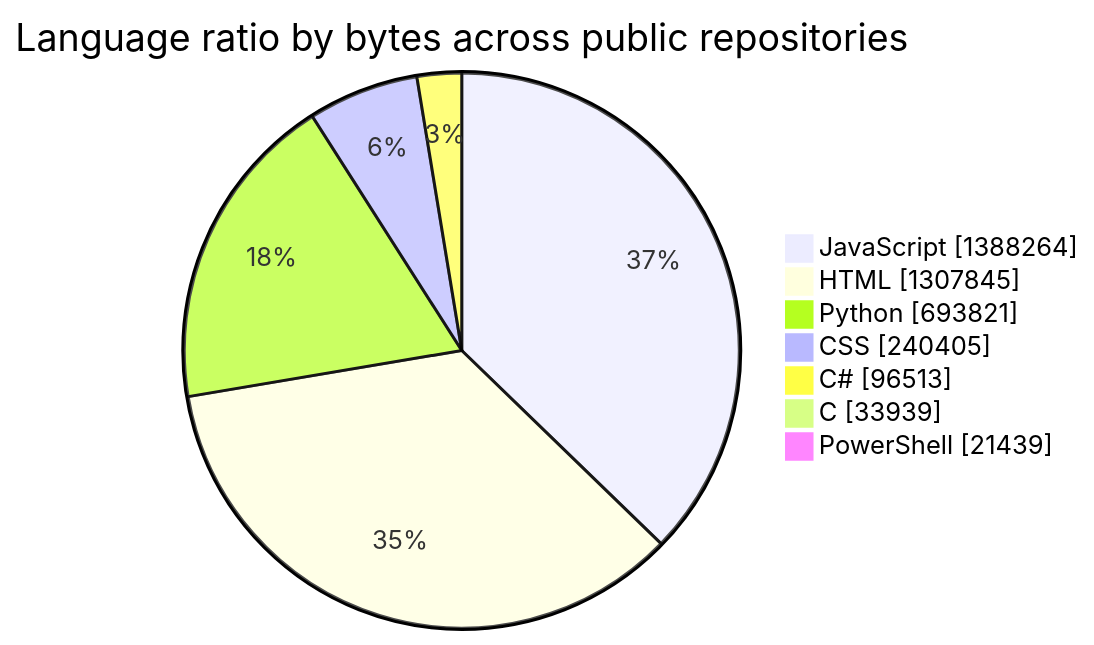
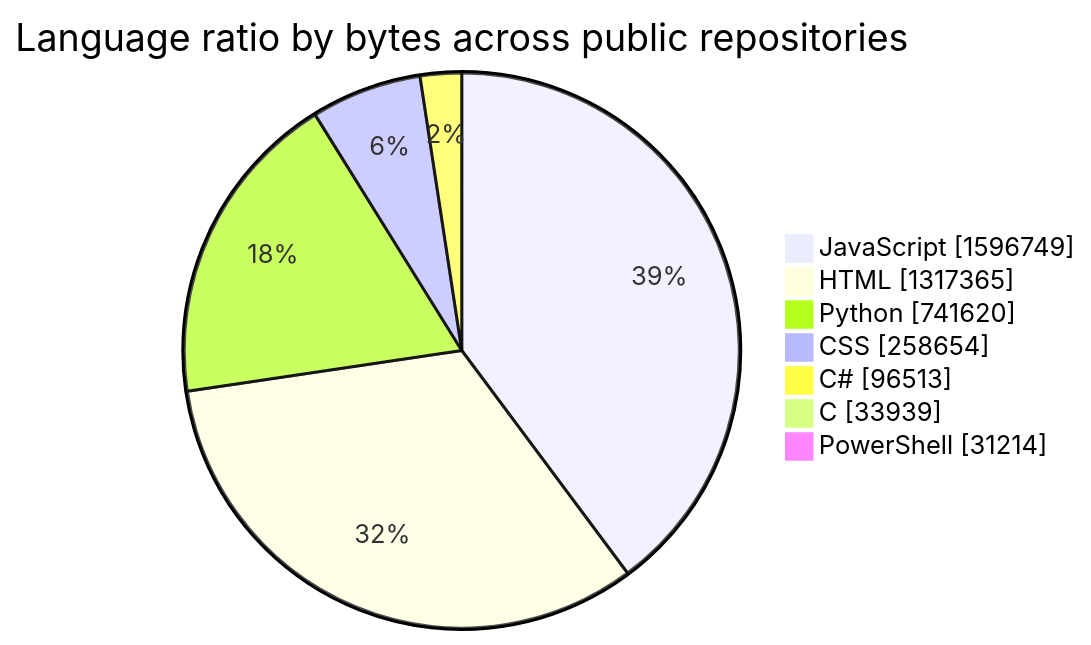
The first of 2 diagrams in README.md (tchinso/tchinso), drawn with Mermaid before and after one commit. The commit also changed other lines of this file, not shown here.

````diff
--- a/README.md
+++ b/README.md
@@ -24,11 +24,11 @@
 ```mermaid
 pie showData
     title Language ratio by bytes across public repositories
-    "JavaScript" : 1388264
-    "HTML" : 1307845
-    "Python" : 693821
-    "CSS" : 240405
+    "JavaScript" : 1596749
+    "HTML" : 1317365
+    "Python" : 741620
+    "CSS" : 258654
     "C#" : 96513
     "C" : 33939
-    "PowerShell" : 21439
+    "PowerShell" : 31214
 ```
````
